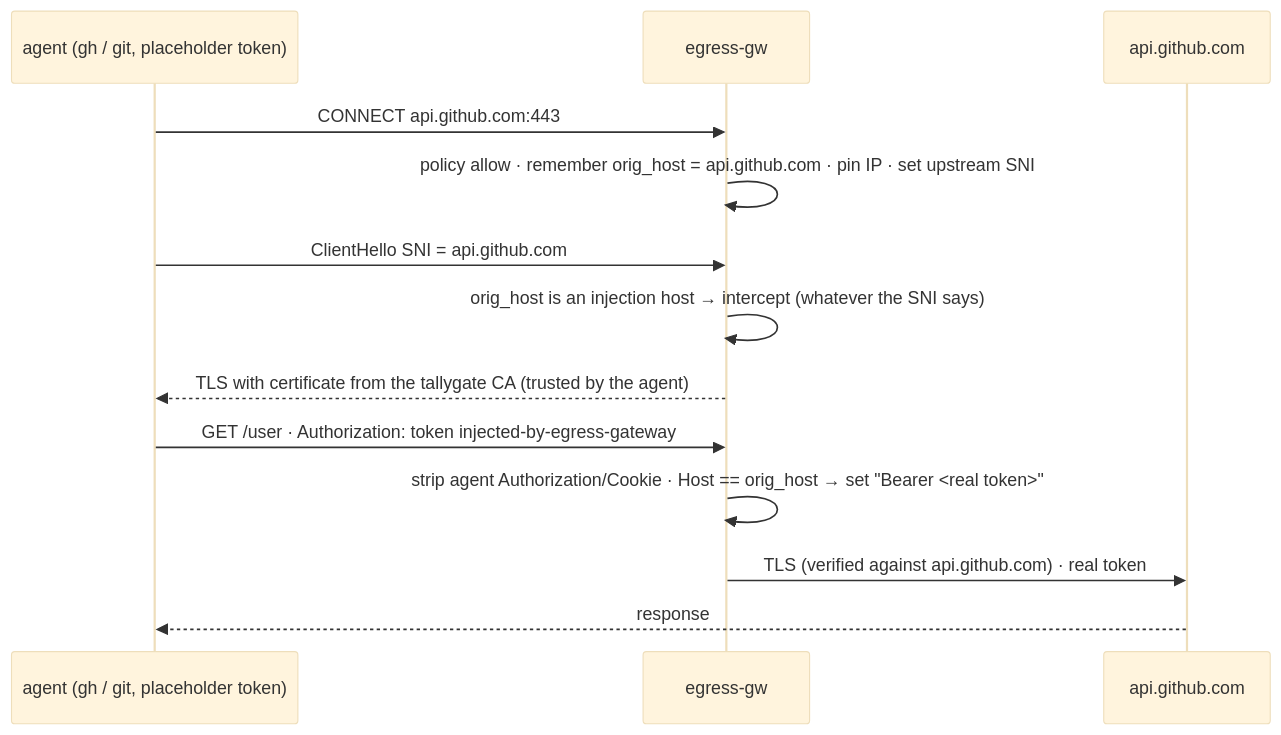
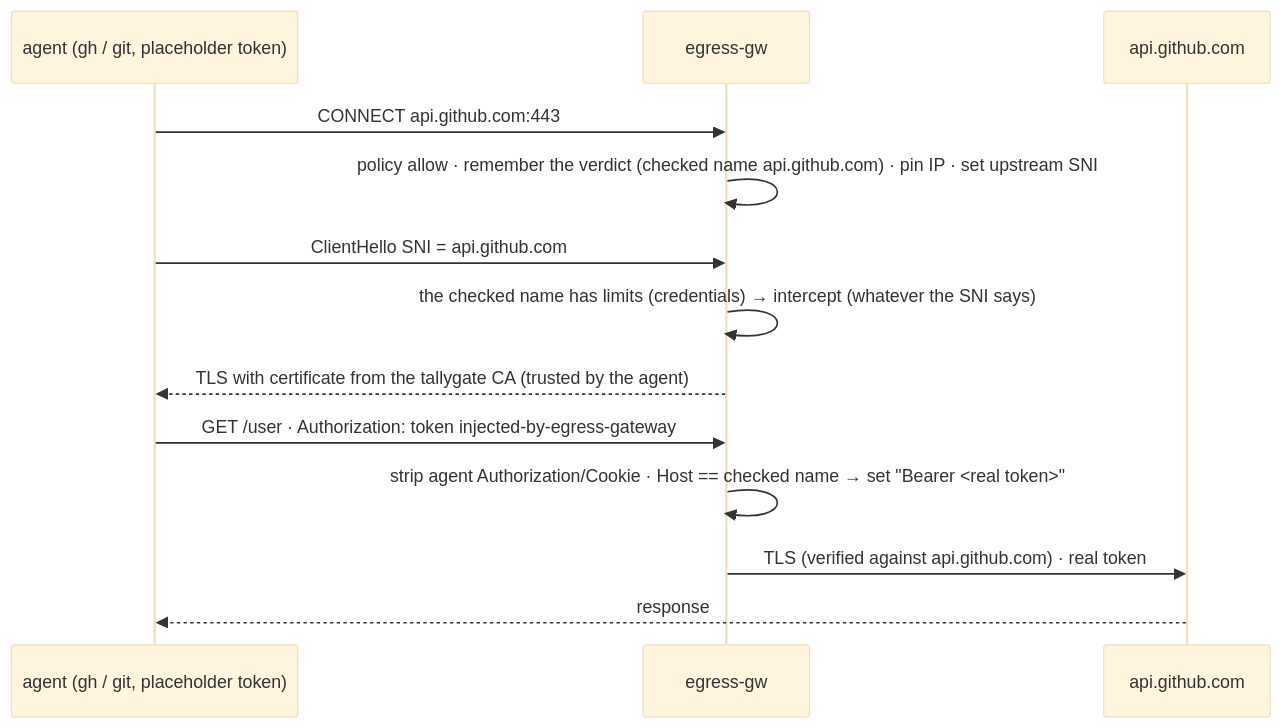
The fifth of 6 diagrams in docs/architecture.md (PhilippMundhenk/tallygate), drawn with Mermaid (base theme) before and after one commit. The commit also changed 8 other files, not shown here.

````diff
--- a/docs/architecture.md
+++ b/docs/architecture.md
@@ -160,15 +160,15 @@
 ```mermaid
 sequenceDiagram
     participant A as agent (gh / git, placeholder token)
     participant G as egress-gw
     participant S as api.github.com
     A->>G: CONNECT api.github.com:443
-    G->>G: policy allow · remember orig_host = api.github.com · pin IP · set upstream SNI
+    G->>G: policy allow · remember the verdict (checked name api.github.com) · pin IP · set upstream SNI
     A->>G: ClientHello SNI = api.github.com
-    G->>G: orig_host is an injection host → intercept (whatever the SNI says)
+    G->>G: the checked name has limits (credentials) → intercept (whatever the SNI says)
     G-->>A: TLS with certificate from the tallygate CA (trusted by the agent)
     A->>G: GET /user · Authorization: token injected-by-egress-gateway
-    G->>G: strip agent Authorization/Cookie · Host == orig_host → set "Bearer <real token>"
+    G->>G: strip agent Authorization/Cookie · Host == checked name → set "Bearer <real token>"
     G->>S: TLS (verified against api.github.com) · real token
     S-->>A: response
 ```
````
